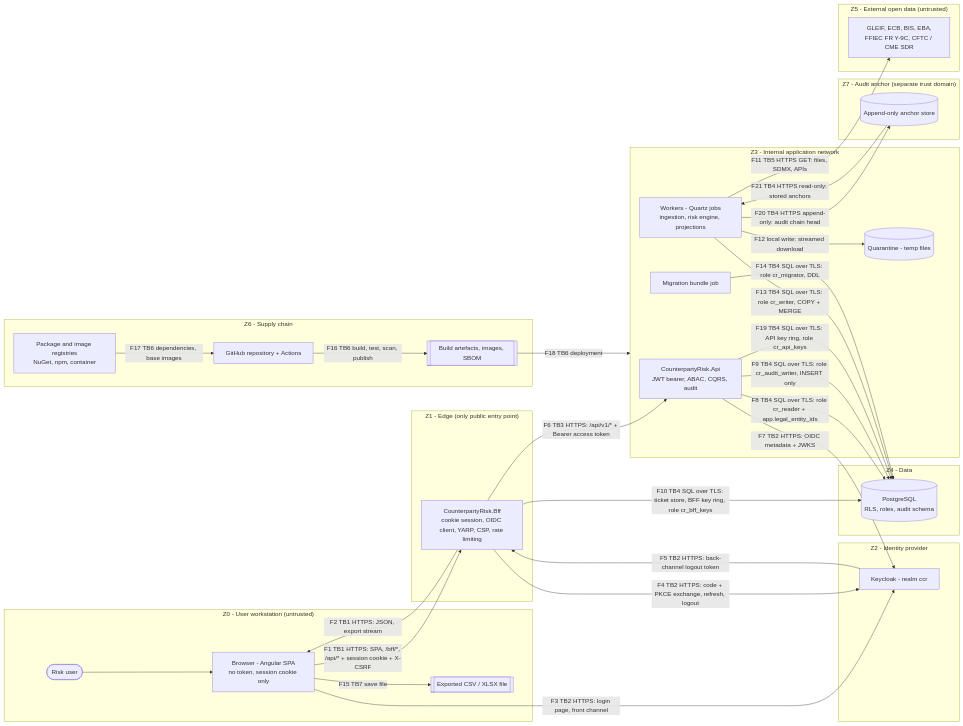
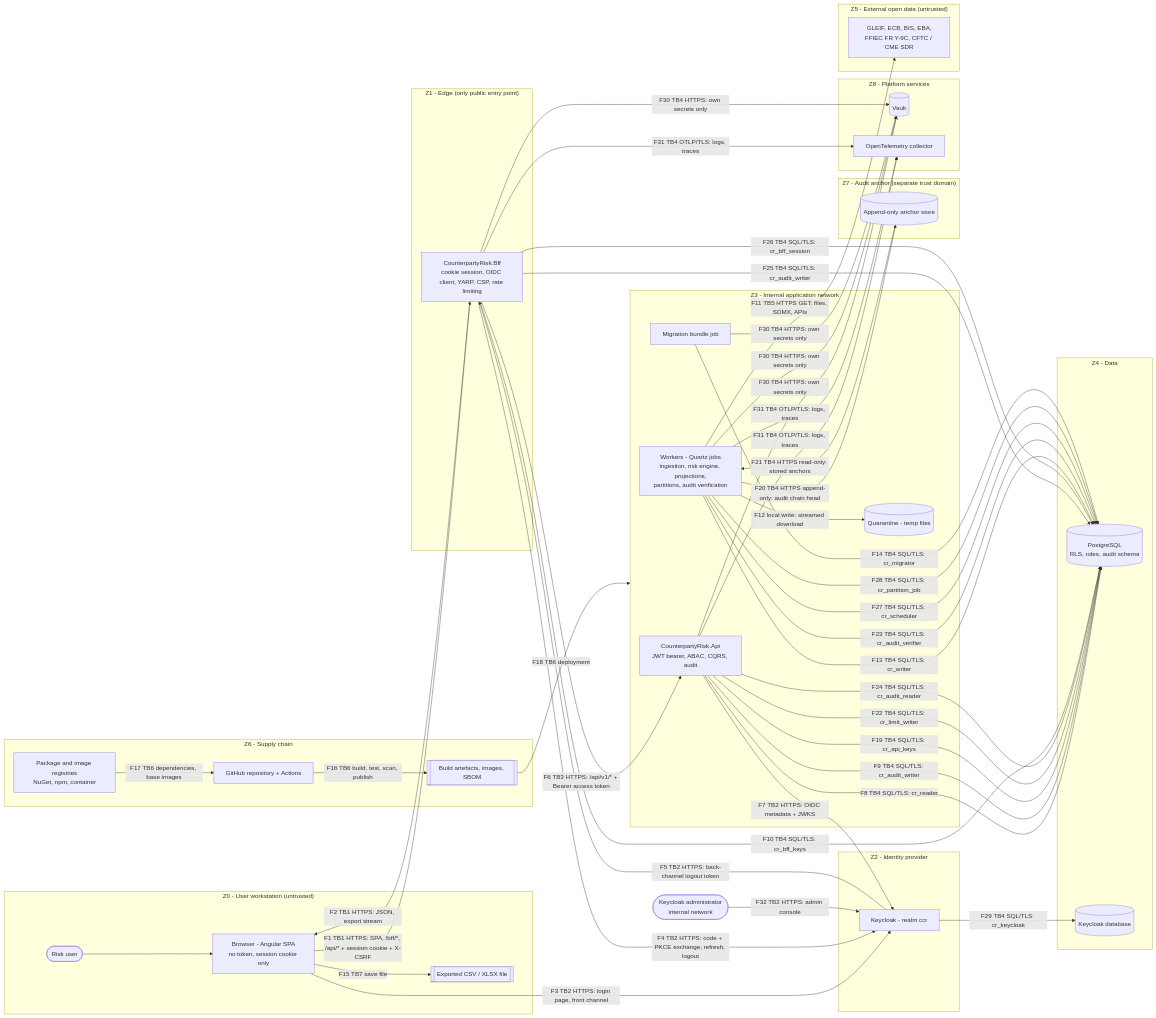
Before and after one commit to Yvahajatiana/counterparty-risk: the diagram in docs/security/data-flow.md, drawn with Mermaid. The commit also changed other lines of this file and 3 other files, not shown here.

First line of the commit message:
docs(security): complete the service identity model and data flows (#4)

```diff
--- a/docs/security/data-flow.md
+++ b/docs/security/data-flow.md
@@ -29,17 +29,23 @@
 
   subgraph Z3["Z3 - Internal application network"]
     API["CounterpartyRisk.Api<br/>JWT bearer, ABAC, CQRS, audit"]
-    WRK["Workers - Quartz jobs<br/>ingestion, risk engine, projections"]
+    WRK["Workers - Quartz jobs<br/>ingestion, risk engine, projections,<br/>partitions, audit verification"]
     MIG["Migration bundle job"]
     QUA[("Quarantine - temp files")]
   end
 
   subgraph Z4["Z4 - Data"]
     PG[("PostgreSQL<br/>RLS, roles, audit schema")]
+    KDB[("Keycloak database")]
   end
 
   subgraph Z7["Z7 - Audit anchor (separate trust domain)"]
     ANC[("Append-only anchor store")]
+  end
+
+  subgraph Z8["Z8 - Platform services"]
+    VLT[("Vault")]
+    COL["OpenTelemetry collector"]
   end
 
   subgraph Z5["Z5 - External open data (untrusted)"]
@@ -52,6 +58,8 @@
     ART[["Build artefacts, images, SBOM"]]
   end
 
+  ADM(["Keycloak administrator<br/>internal network"])
+
   USR --> BRW
   BRW -- "F1 TB1 HTTPS: SPA, /bff/*, /api/* + session cookie + X-CSRF" --> BFF
   BFF -- "F2 TB1 HTTPS: JSON, export stream" --> BRW
@@ -60,16 +68,27 @@
   KC -- "F5 TB2 HTTPS: back-channel logout token" --> BFF
   BFF -- "F6 TB3 HTTPS: /api/v1/* + Bearer access token" --> API
   API -- "F7 TB2 HTTPS: OIDC metadata + JWKS" --> KC
-  API -- "F8 TB4 SQL over TLS: role cr_reader + app.legal_entity_ids" --> PG
-  API -- "F9 TB4 SQL over TLS: role cr_audit_writer, INSERT only" --> PG
-  BFF -- "F10 TB4 SQL over TLS: ticket store, BFF key ring, role cr_bff_keys" --> PG
-  API -- "F19 TB4 SQL over TLS: API key ring, role cr_api_keys" --> PG
+  ADM -- "F32 TB2 HTTPS: admin console" --> KC
+  API -- "F8 TB4 SQL/TLS: cr_reader" --> PG
+  API -- "F9 TB4 SQL/TLS: cr_audit_writer" --> PG
+  API -- "F19 TB4 SQL/TLS: cr_api_keys" --> PG
+  API -- "F22 TB4 SQL/TLS: cr_limit_writer" --> PG
+  API -- "F24 TB4 SQL/TLS: cr_audit_reader" --> PG
+  BFF -- "F10 TB4 SQL/TLS: cr_bff_keys" --> PG
+  BFF -- "F25 TB4 SQL/TLS: cr_audit_writer" --> PG
+  BFF -- "F26 TB4 SQL/TLS: cr_bff_session" --> PG
+  WRK -- "F13 TB4 SQL/TLS: cr_writer" --> PG
+  WRK -- "F23 TB4 SQL/TLS: cr_audit_verifier" --> PG
+  WRK -- "F27 TB4 SQL/TLS: cr_scheduler" --> PG
+  WRK -- "F28 TB4 SQL/TLS: cr_partition_job" --> PG
+  MIG -- "F14 TB4 SQL/TLS: cr_migrator" --> PG
+  KC -- "F29 TB4 SQL/TLS: cr_keycloak" --> KDB
   WRK -- "F20 TB4 HTTPS append-only: audit chain head" --> ANC
   ANC -- "F21 TB4 HTTPS read-only: stored anchors" --> WRK
+  BFF & API & WRK & MIG -- "F30 TB4 HTTPS: own secrets only" --> VLT
+  BFF & API & WRK -- "F31 TB4 OTLP/TLS: logs, traces" --> COL
   WRK -- "F11 TB5 HTTPS GET: files, SDMX, APIs" --> EXT
   WRK -- "F12 local write: streamed download" --> QUA
-  WRK -- "F13 TB4 SQL over TLS: role cr_writer, COPY + MERGE" --> PG
-  MIG -- "F14 TB4 SQL over TLS: role cr_migrator, DDL" --> PG
   BRW -- "F15 TB7 save file" --> XF
   GH -- "F16 TB6 build, test, scan, publish" --> ART
   REG -- "F17 TB6 dependencies, base images" --> GH
```
